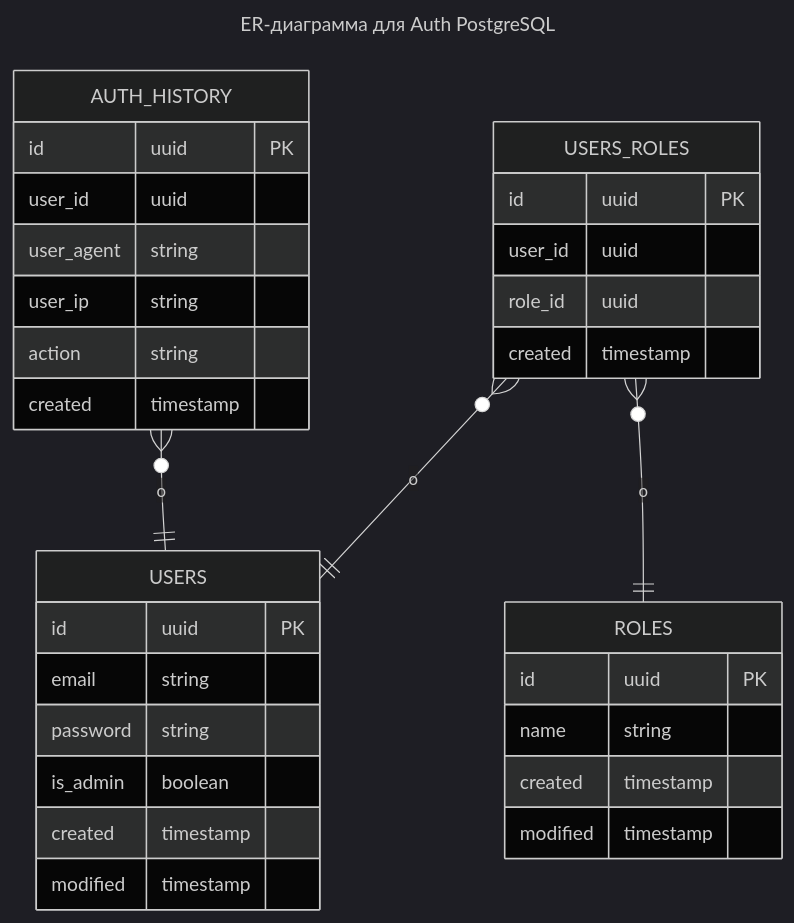
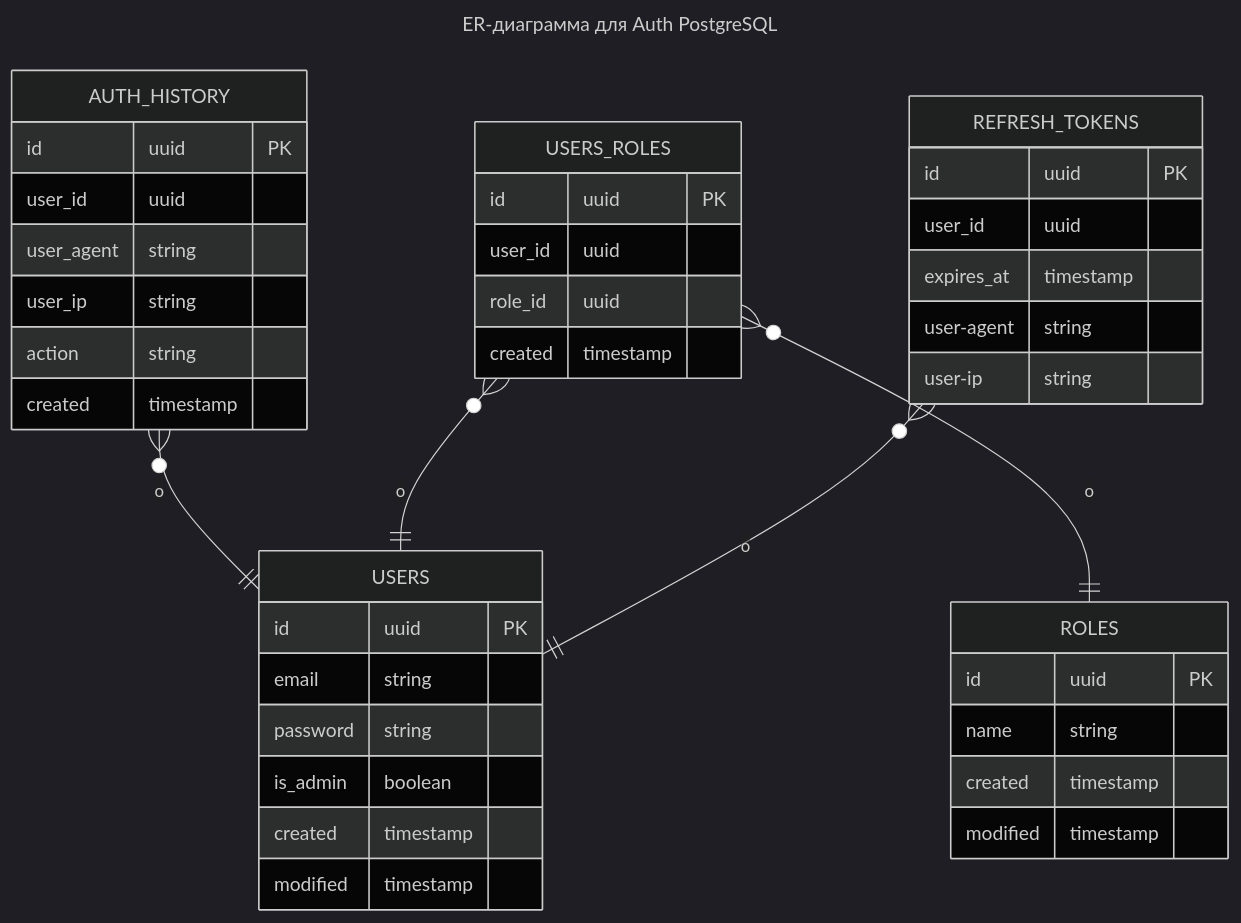
One commit to Dbl4/Auth_sprint_1 changed the diagram in documentation/auth-api/auth-er-diagram.md. Above: the diagram before and after it, drawn with Mermaid (dark theme). The commit also changed 9 other files, not shown here.

Commit message:
Add sequence diagrams

````diff
--- a/documentation/auth-api/auth-er-diagram.md
+++ b/documentation/auth-api/auth-er-diagram.md
@@ -1,42 +1,51 @@
 ```mermaid
 ---
 title: ER-диаграмма для Auth PostgreSQL
 ---
 erDiagram
 
 USERS {
     id uuid PK
     email string
     password string
     is_admin boolean
     created timestamp
     modified timestamp
 }
 
 AUTH_HISTORY {
     id uuid PK
     user_id uuid
     user_agent string
     user_ip string
     action string
     created timestamp
 }
 
 ROLES {
     id uuid PK
     name string
     created timestamp
     modified timestamp
 }
 
 USERS_ROLES {
     id uuid PK
     user_id uuid
     role_id uuid
     created timestamp
 }
 
+REFRESH_TOKENS {
+    id uuid PK
+    user_id uuid
+    expires_at timestamp
+    user-agent string
+    user-ip string
+}
+
 AUTH_HISTORY }o--|| USERS: o
 USERS_ROLES }o--|| USERS: o
 USERS_ROLES }o--|| ROLES: o
+REFRESH_TOKENS }o--|| USERS: o
 ```
````
